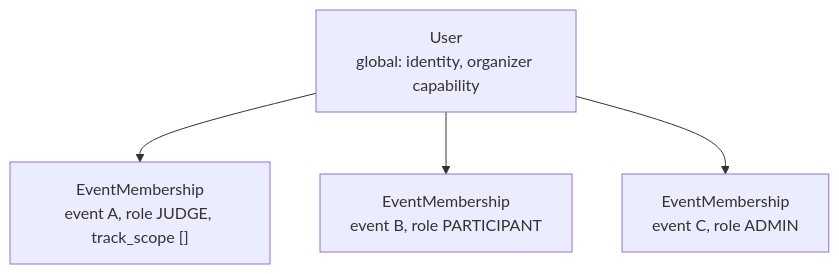
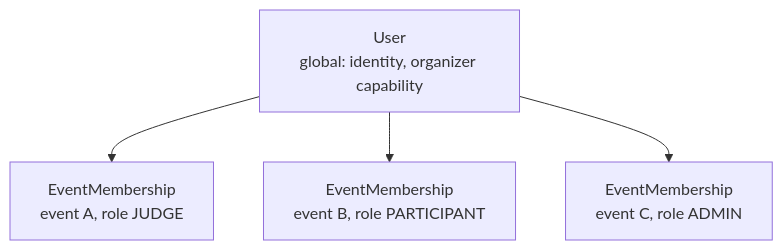
The fourth of 5 diagrams in ARCHITECTURE.md (ikeshavvarshney/podium), drawn with Mermaid before and after one commit. The commit also changed other lines of this file and 8 other files, not shown here.

````diff
--- a/ARCHITECTURE.md
+++ b/ARCHITECTURE.md
@@ -111,7 +111,7 @@
 ```mermaid
 flowchart TD
     U["User\nglobal: identity, organizer capability"]
-    U --> M1["EventMembership\nevent A, role JUDGE, track_scope []"]
+    U --> M1["EventMembership\nevent A, role JUDGE"]
     U --> M2["EventMembership\nevent B, role PARTICIPANT"]
     U --> M3["EventMembership\nevent C, role ADMIN"]
 ```
````
